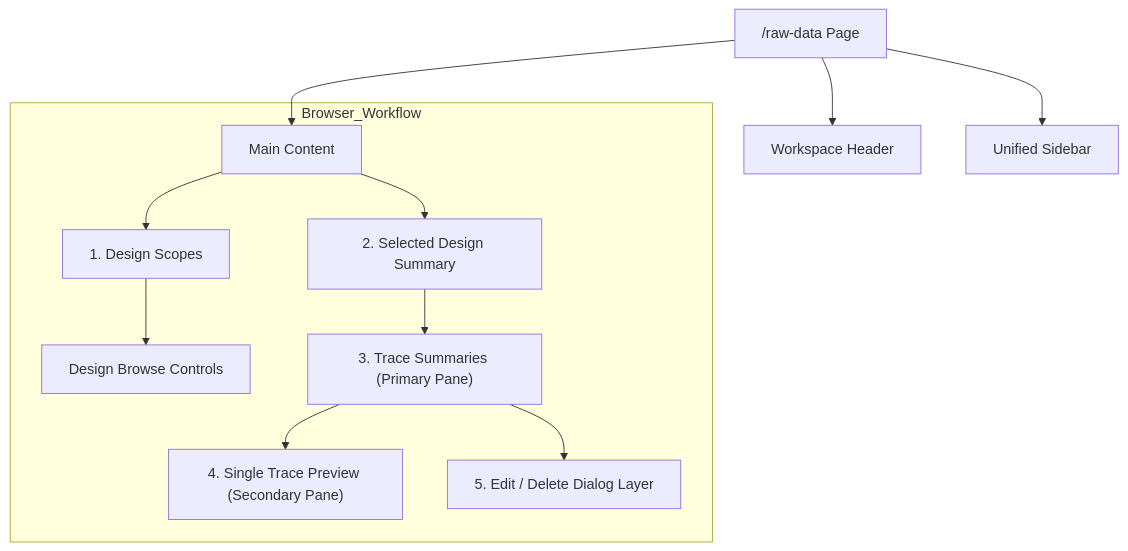
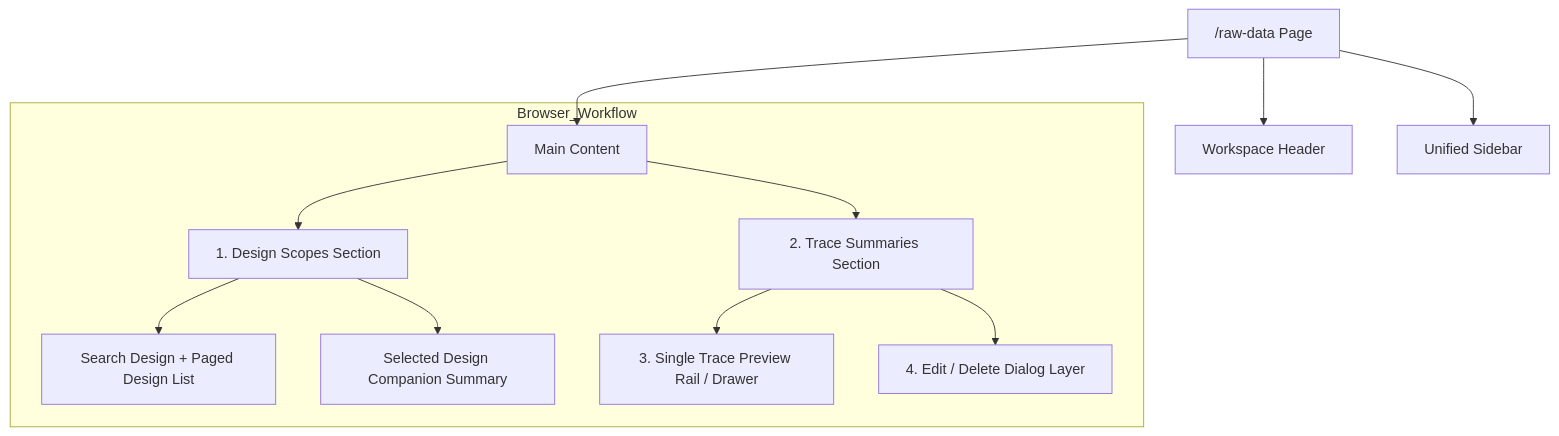
The diagram in docs/reference/app/frontend/workspace/raw-data-browser.md (arfiligol/superconducting-circuits-research-workbench), drawn with Mermaid before and after one commit. The commit also changed other lines of this file and 1 other file, not shown here.

````diff
--- a/docs/reference/app/frontend/workspace/raw-data-browser.md
+++ b/docs/reference/app/frontend/workspace/raw-data-browser.md
@@ -67,20 +67,20 @@
 ```mermaid
 graph TD
     Page["/raw-data Page"]
     Header[Workspace Header]
     Sidebar[Unified Sidebar]
     Main[Main Content]
     
     Page --> Header
     Page --> Sidebar
     Page --> Main
     
     subgraph Browser_Workflow
-        Main --> H_Design["1. Design Scopes"]
-        H_Design --> Pagination["Design Browse Controls"]
-        Main --> H_Summary["2. Selected Design Summary"]
-        H_Summary --> H_Trace["3. Trace Summaries (Primary Pane)"]
-        H_Trace --> H_Preview["4. Single Trace Preview (Secondary Pane)"]
-        H_Trace --> H_Dialog["5. Edit / Delete Dialog Layer"]
+        Main --> H_Design["1. Design Scopes Section"]
+        H_Design --> H_DesignList["Search Design + Paged Design List"]
+        H_Design --> H_DesignSummary["Selected Design Companion Summary"]
+        Main --> H_Trace["2. Trace Summaries Section"]
+        H_Trace --> H_Preview["3. Single Trace Preview Rail / Drawer"]
+        H_Trace --> H_Dialog["4. Edit / Delete Dialog Layer"]
     end
 ```
````
